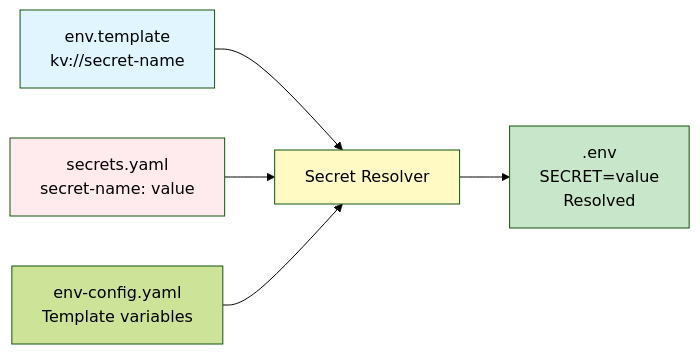
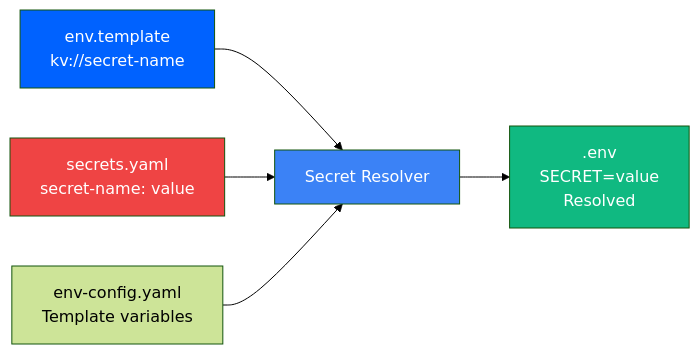
Before and after one commit to esystemsdev/aifabrix-builder: the third of 3 diagrams in docs/CONFIGURATION.md, drawn with Mermaid (forest theme). The commit also changed other lines of this file and 9 other files, not shown here.

````diff
--- a/docs/CONFIGURATION.md
+++ b/docs/CONFIGURATION.md
@@ -655,12 +655,12 @@
 ```mermaid
 flowchart LR
     Template[env.template<br/>kv://secret-name] --> Resolver[Secret Resolver]
     Secrets[secrets.yaml<br/>secret-name: value] --> Resolver
     EnvConfig[env-config.yaml<br/>Template variables] --> Resolver
     Resolver --> Env[.env<br/>SECRET=value<br/>Resolved]
     
-    style Template fill:#e1f5ff
-    style Secrets fill:#ffebee
-    style Resolver fill:#fff9c4
-    style Env fill:#c8e6c9
+    style Template fill:#0062FF,color:#FFFFFF
+    style Secrets fill:#EF4444,color:#FFFFFF
+    style Resolver fill:#3B82F6,color:#FFFFFF
+    style Env fill:#10B981,color:#FFFFFF
 ```
````
